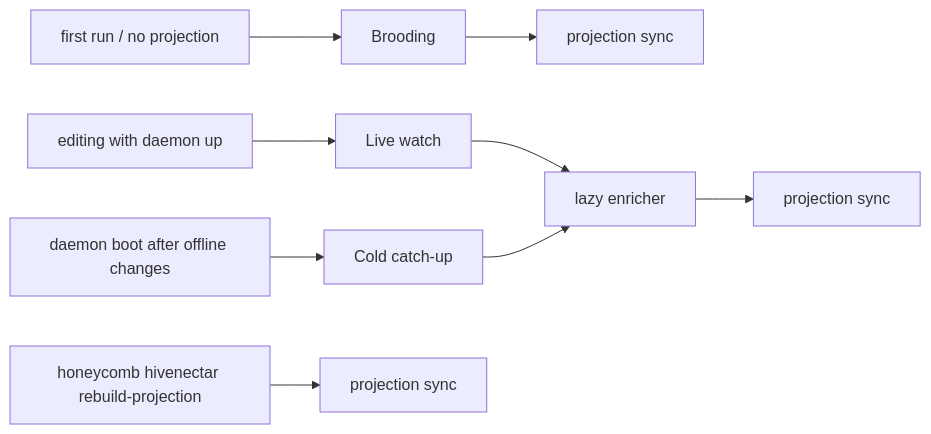
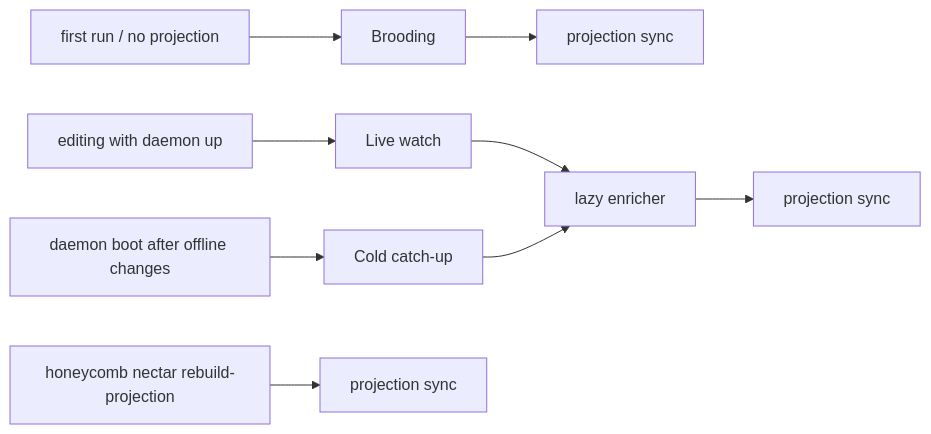
Before and after one commit to legioncodeinc/nectar: the third of 3 diagrams in library/knowledge/private/overview/overview-technical-specification.md, drawn with Mermaid. The commit also changed other lines of this file and 337 other files, not shown here.

````diff
--- a/library/knowledge/private/overview/overview-technical-specification.md
+++ b/library/knowledge/private/overview/overview-technical-specification.md
@@ -199,11 +199,11 @@
 ```mermaid
 flowchart LR
     first["first run / no projection"] --> brood[Brooding]
     brood --> proj1["projection sync"]
     editing["editing with daemon up"] --> live[Live watch]
     live --> enrich["lazy enricher"]
     enrich --> proj2["projection sync"]
     boot["daemon boot after offline changes"] --> cold[Cold catch-up]
     cold --> enrich
-    explicit["honeycomb hivenectar rebuild-projection"] --> proj3["projection sync"]
+    explicit["honeycomb nectar rebuild-projection"] --> proj3["projection sync"]
 ```
````
